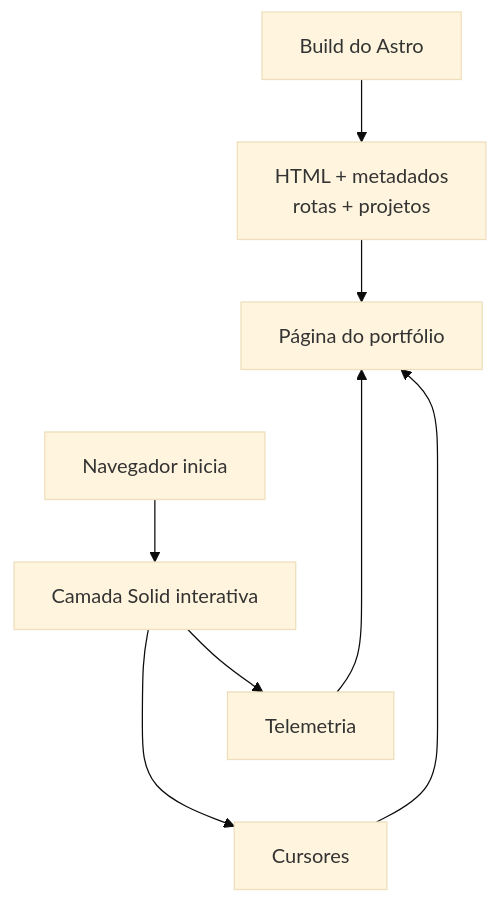
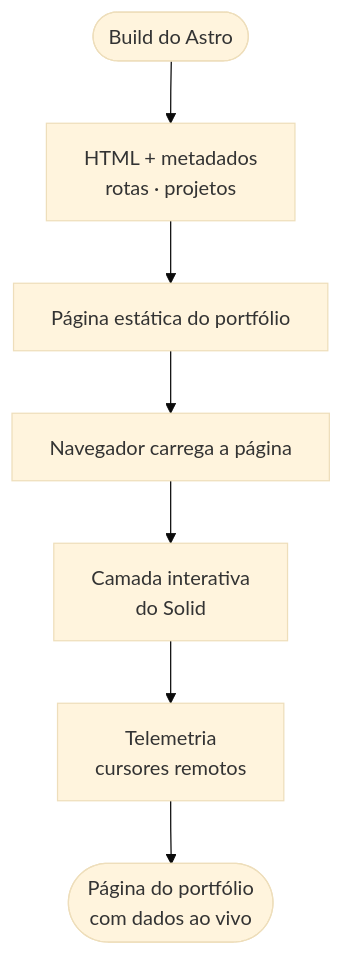
Before and after one commit to ErickCReis/ErickCReis: the diagram in web/content/blog/astro-static-shell-solid-live-layer.pt-BR.mdx, drawn with Mermaid (base theme). The commit also changed 23 other files, not shown here.

Commit message:
Polish Mermaid diagrams across blog posts

````diff
--- a/web/content/blog/astro-static-shell-solid-live-layer.pt-BR.mdx
+++ b/web/content/blog/astro-static-shell-solid-live-layer.pt-BR.mdx
@@ -34,13 +34,9 @@
 ```mermaid center
 flowchart TB
-  Build["Build do Astro"] --> Document["HTML + metadados<br/>rotas + projetos"]
-  Document --> Page["Página do portfólio"]
-
-  Browser["Navegador inicia"] --> Island["Camada Solid interativa"]
-  Page ~~~ Browser
-  Island --> Telemetry["Telemetria"]
-  Island --> Cursors["Cursores"]
-  Telemetry ~~~ Cursors
-  Telemetry --> Page
-  Cursors --> Page
+  Build(["Build do Astro"]) --> Document["HTML + metadados<br/>rotas · projetos"]
+  Document --> Page["Página estática do portfólio"]
+  Page --> Browser["Navegador carrega a página"]
+  Browser --> Island["Camada interativa<br/>do Solid"]
+  Island --> Live["Telemetria<br/>cursores remotos"]
+  Live --> Result(["Página do portfólio<br/>com dados ao vivo"])
 ```
````
